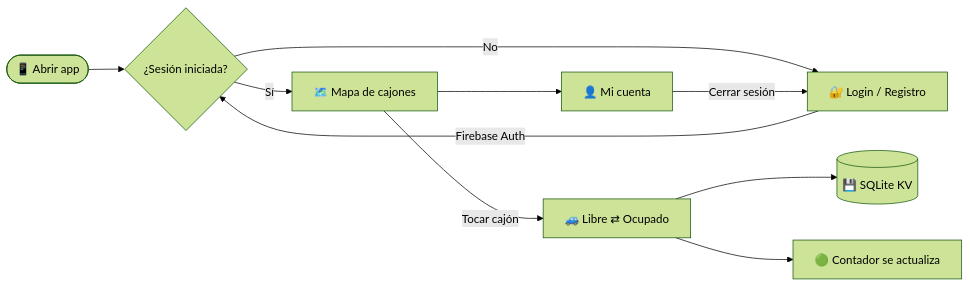
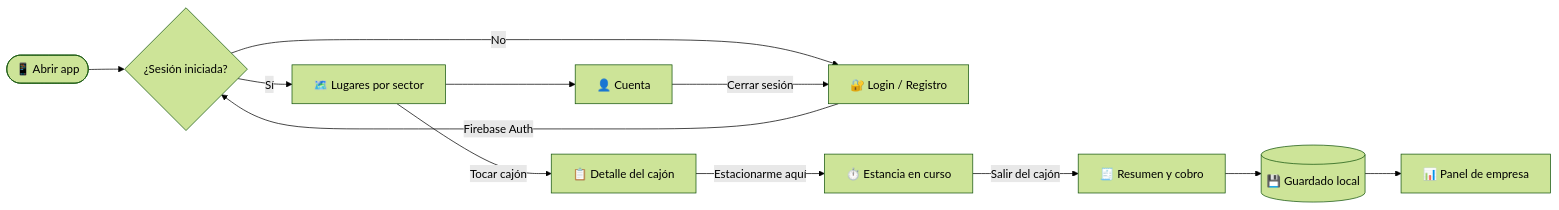
Before and after one commit to Ciitreck/SmartPark: the diagram in README.md, drawn with Mermaid (forest theme). The commit also changed other lines of this file and 3 other files, not shown here.

Commit message:
Versión 2.0.0: README con sectores, estancia, tarifa y panel

````diff
--- a/README.md
+++ b/README.md
@@ -105,12 +110,14 @@
 ```mermaid
 flowchart LR
     A([📱 Abrir app]) --> B{¿Sesión iniciada?}
     B -- No --> C[🔐 Login / Registro]
     C -->|Firebase Auth| B
-    B -- Sí --> D[🗺️ Mapa de cajones]
-    D -->|Tocar cajón| E[🚙 Libre ⇄ Ocupado]
-    E --> F[(💾 SQLite KV)]
-    E --> G[🟢 Contador se actualiza]
-    D --> H[👤 Mi cuenta]
-    H -->|Cerrar sesión| C
+    B -- Sí --> D[🗺️ Lugares por sector]
+    D -->|Tocar cajón| E[📋 Detalle del cajón]
+    E -->|Estacionarme aquí| F[⏱️ Estancia en curso]
+    F -->|Salir del cajón| G[🧾 Resumen y cobro]
+    G --> H[(💾 Guardado local)]
+    H --> I[📊 Panel de empresa]
+    D --> J[👤 Cuenta]
+    J -->|Cerrar sesión| C
 ```
````
